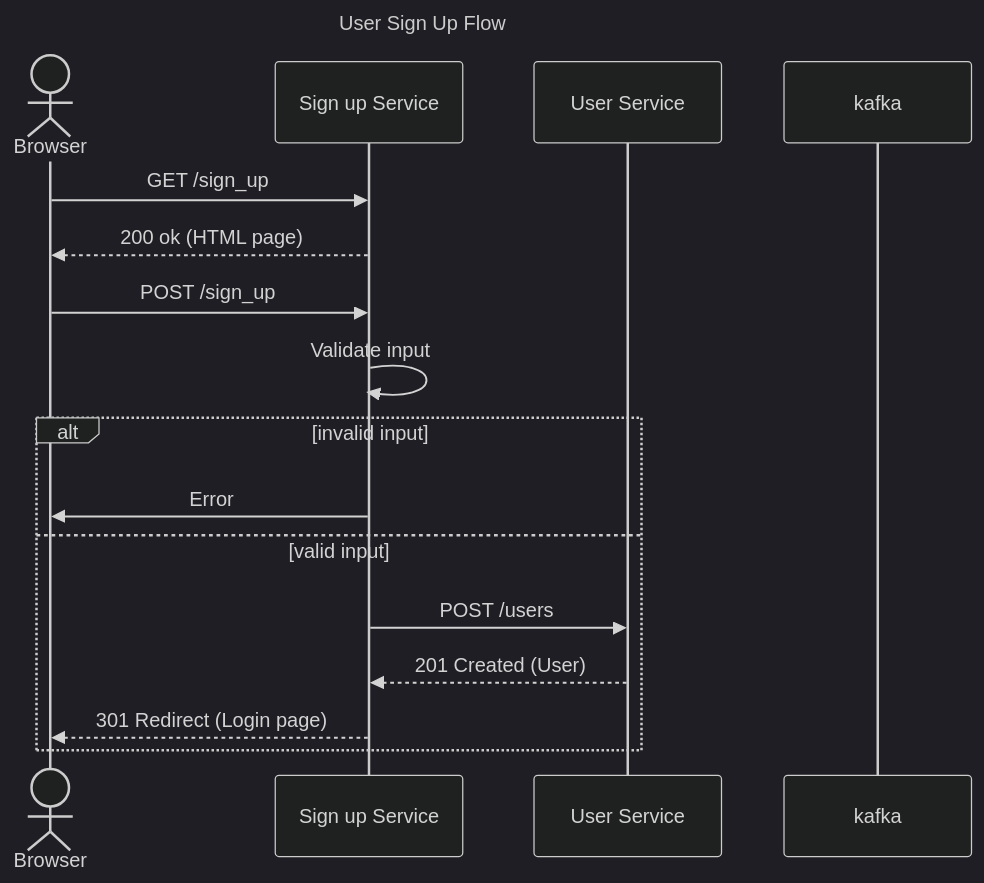
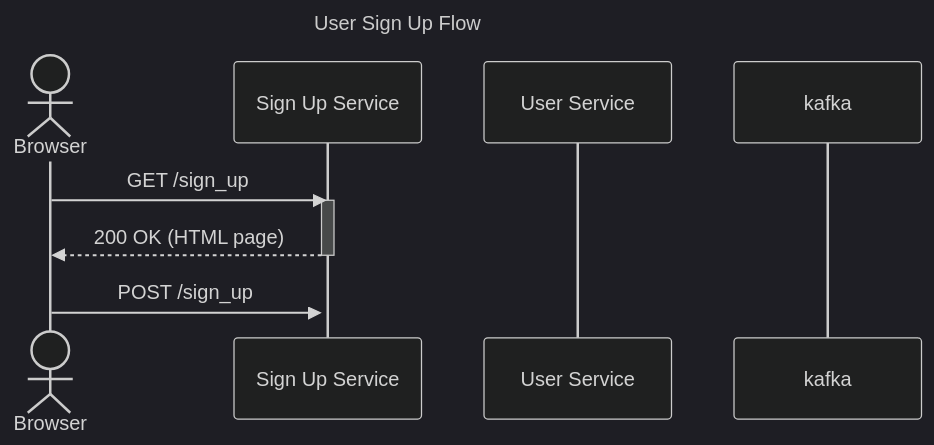
One commit to Friend09/practice-diagrams changed the diagram in dev/_practise/pract_ch03.md. Above: the diagram before and after it, drawn with Mermaid (dark theme). The commit also changed other lines of this file, not shown here.

Commit message:
complete async of chap 3

````diff
--- a/dev/_practise/pract_ch03.md
+++ b/dev/_practise/pract_ch03.md
@@ -5,25 +5,19 @@
 ```mermaid
 ---
 title: User Sign Up Flow
 ---
 
 sequenceDiagram
     actor Browser
-    participant SUS as Sign up Service
+    participant Sign Up Service
     participant User Service
     participant kafka
 
-    Browser->>SUS: GET /sign_up
-    SUS-->>Browser: 200 ok (HTML page)
+    Browser->>Sign Up Service: GET /sign_up
+    activate Sign Up Service
+    Sign Up Service-->>Browser: 200 OK (HTML page)
+    deactivate Sign Up Service
 
-    Browser->>SUS: POST /sign_up
-    SUS->>SUS: Validate input
+    Browser->>+Sign Up Service: POST /sign_up
 
-    alt invalid input
-        SUS->>Browser: Error
-    else valid input
-        SUS->>User Service: POST /users
-        User Service-->>SUS: 201 Created (User)
-        SUS-->>Browser: 301 Redirect (Login page)
-    end
 ```
````
